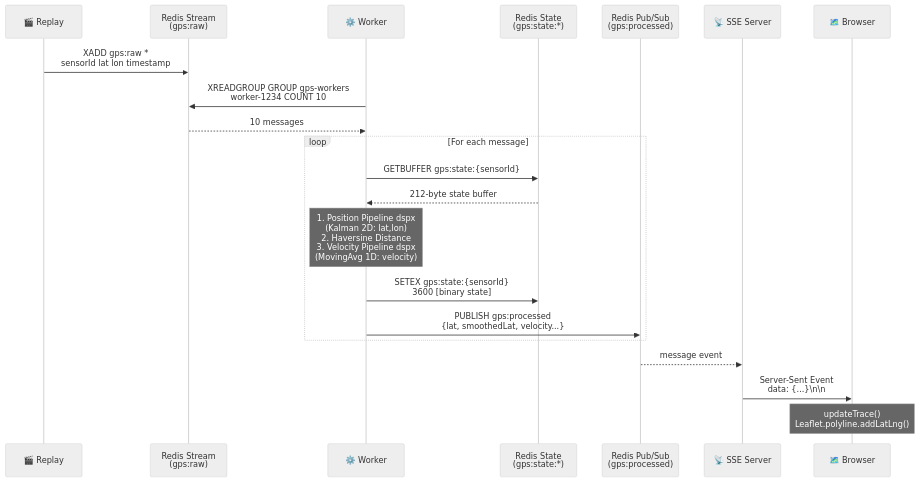
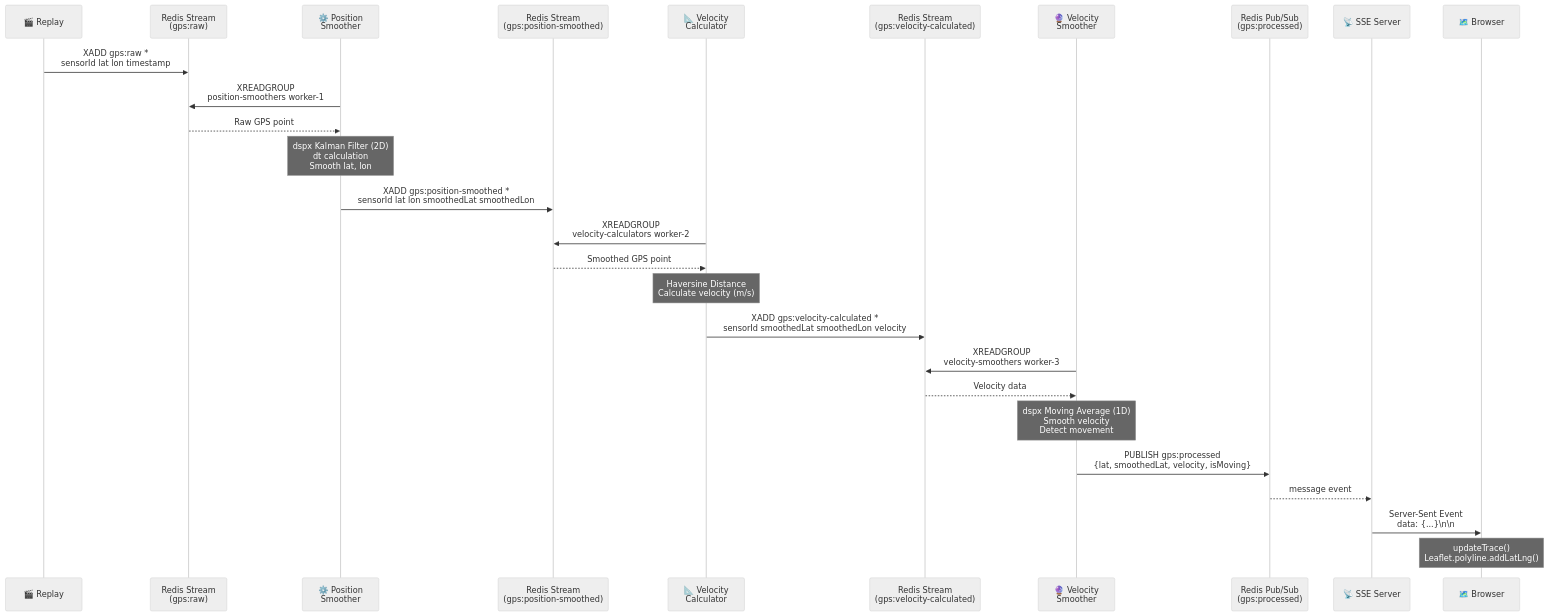
Before and after one commit to A-KGeorge/serverless-gps-demo-dspx: the second of 3 diagrams in ARCHITECTURE.md, drawn with Mermaid (neutral theme). The commit also changed other lines of this file and 6 other files, not shown here.

First line of the commit message:
feat: Refactor GPS processing into modular architecture with dedicated workers

````diff
--- a/ARCHITECTURE.md
+++ b/ARCHITECTURE.md
@@ -253,31 +388,41 @@
 ```mermaid
 sequenceDiagram
     participant Replay as 🎬 Replay
-    participant Stream as Redis Stream<br/>(gps:raw)
-    participant Worker as ⚙️ Worker
-    participant State as Redis State<br/>(gps:state:*)
+    participant Stream1 as Redis Stream<br/>(gps:raw)
+    participant Worker1 as ⚙️ Position<br/>Smoother
+    participant Stream2 as Redis Stream<br/>(gps:position-smoothed)
+    participant Worker2 as 📐 Velocity<br/>Calculator
+    participant Stream3 as Redis Stream<br/>(gps:velocity-calculated)
+    participant Worker3 as 🔮 Velocity<br/>Smoother
     participant PubSub as Redis Pub/Sub<br/>(gps:processed)
     participant SSE as 📡 SSE Server
     participant Browser as 🗺️ Browser
 
-    Replay->>Stream: XADD gps:raw *<br/>sensorId lat lon timestamp
+    Replay->>Stream1: XADD gps:raw *<br/>sensorId lat lon timestamp
 
-    Worker->>Stream: XREADGROUP GROUP gps-workers<br/>worker-1234 COUNT 10
-    Stream-->>Worker: 10 messages
+    Worker1->>Stream1: XREADGROUP<br/>position-smoothers worker-1
+    Stream1-->>Worker1: Raw GPS point
 
-    loop For each message
-        Worker->>State: GETBUFFER gps:state:{sensorId}
-        State-->>Worker: 212-byte state buffer
+    Note over Worker1: dspx Kalman Filter (2D)<br/>dt calculation<br/>Smooth lat, lon
 
-        Note over Worker: 1. Position Pipeline dspx<br/>   (Kalman 2D: lat,lon)<br/>2. Haversine Distance<br/>3. Velocity Pipeline dspx<br/>   (MovingAvg 1D: velocity)
+    Worker1->>Stream2: XADD gps:position-smoothed *<br/>sensorId lat lon smoothedLat smoothedLon
 
-        Worker->>State: SETEX gps:state:{sensorId}<br/>3600 [binary state]
+    Worker2->>Stream2: XREADGROUP<br/>velocity-calculators worker-2
+    Stream2-->>Worker2: Smoothed GPS point
 
-        Worker->>PubSub: PUBLISH gps:processed<br/>{lat, smoothedLat, velocity...}
-    end
+    Note over Worker2: Haversine Distance<br/>Calculate velocity (m/s)
+
+    Worker2->>Stream3: XADD gps:velocity-calculated *<br/>sensorId smoothedLat smoothedLon velocity
+
+    Worker3->>Stream3: XREADGROUP<br/>velocity-smoothers worker-3
+    Stream3-->>Worker3: Velocity data
+
+    Note over Worker3: dspx Moving Average (1D)<br/>Smooth velocity<br/>Detect movement
+
+    Worker3->>PubSub: PUBLISH gps:processed<br/>{lat, smoothedLat, velocity, isMoving}
 
     PubSub-->>SSE: message event
     SSE->>Browser: Server-Sent Event<br/>data: {...}\n\n
 
     Note over Browser: updateTrace()<br/>Leaflet.polyline.addLatLng()
 ```
````
